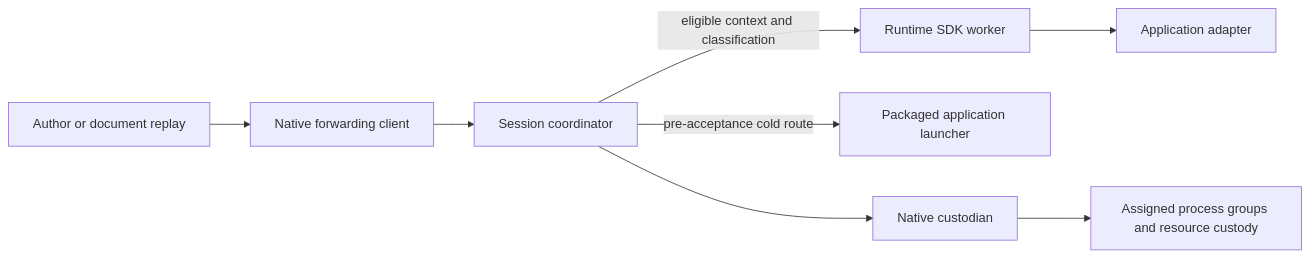
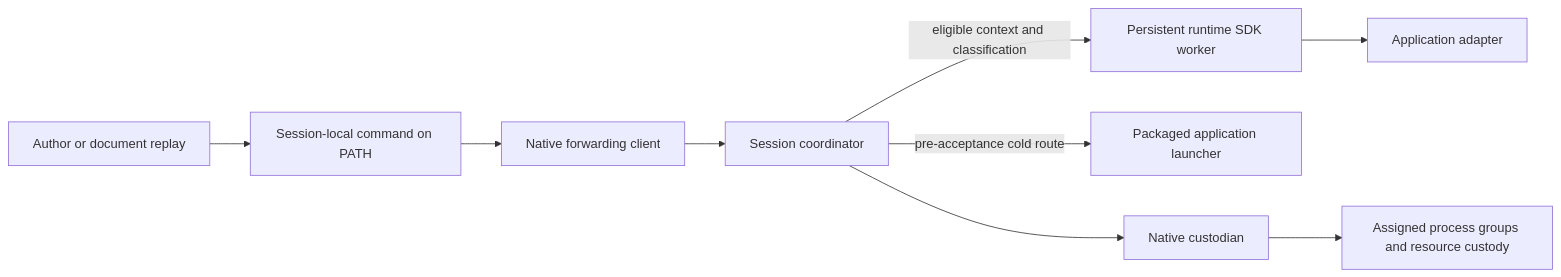
The diagram in docs/architecture.md (mbackschat/mdrun), drawn with Mermaid before and after one commit. The commit also changed other lines of this file and 41 other files, not shown here.

````diff
--- a/docs/architecture.md
+++ b/docs/architecture.md
@@ -22,10 +40,11 @@
 ```mermaid
 flowchart LR
-    A[Author or document replay] --> C[Native forwarding client]
+    A[Author or document replay] --> S[Session-local command on PATH]
+    S --> C[Native forwarding client]
     C --> H[Session coordinator]
-    H -->|eligible context and classification| W[Runtime SDK worker]
+    H -->|eligible context and classification| W[Persistent runtime SDK worker]
     H -->|pre-acceptance cold route| P[Packaged application launcher]
     W --> D[Application adapter]
     H --> N[Native custodian]
     N --> G[Assigned process groups and resource custody]
 ```
````
